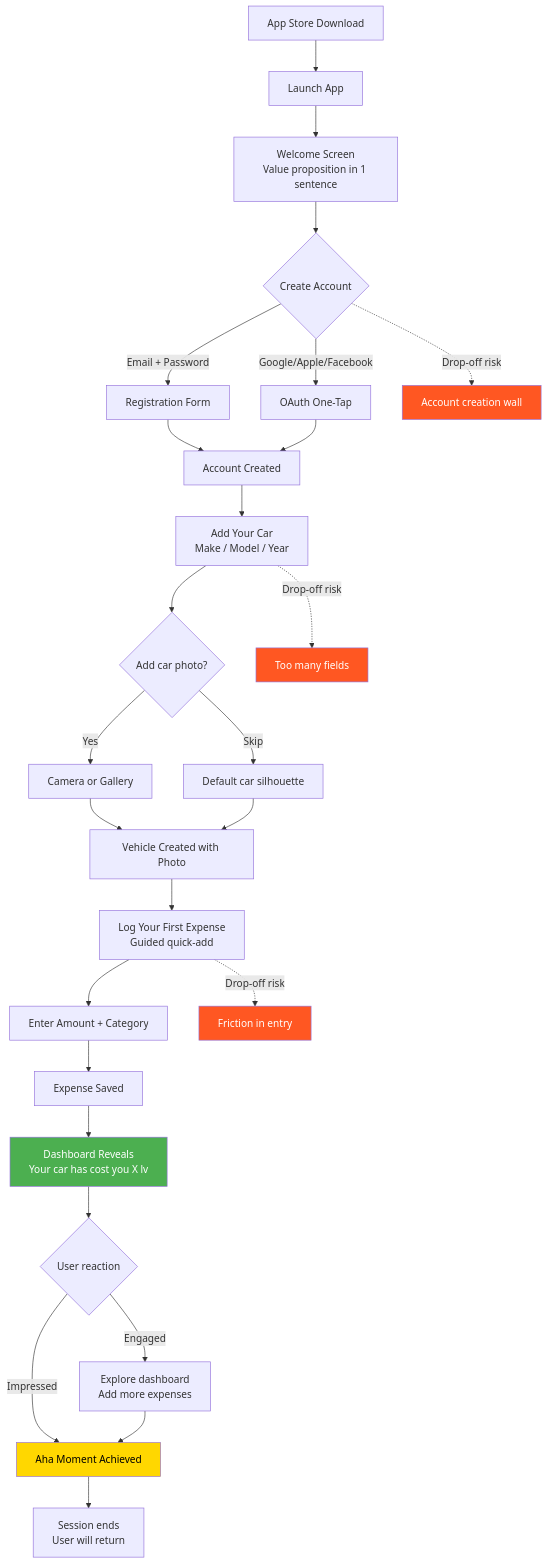
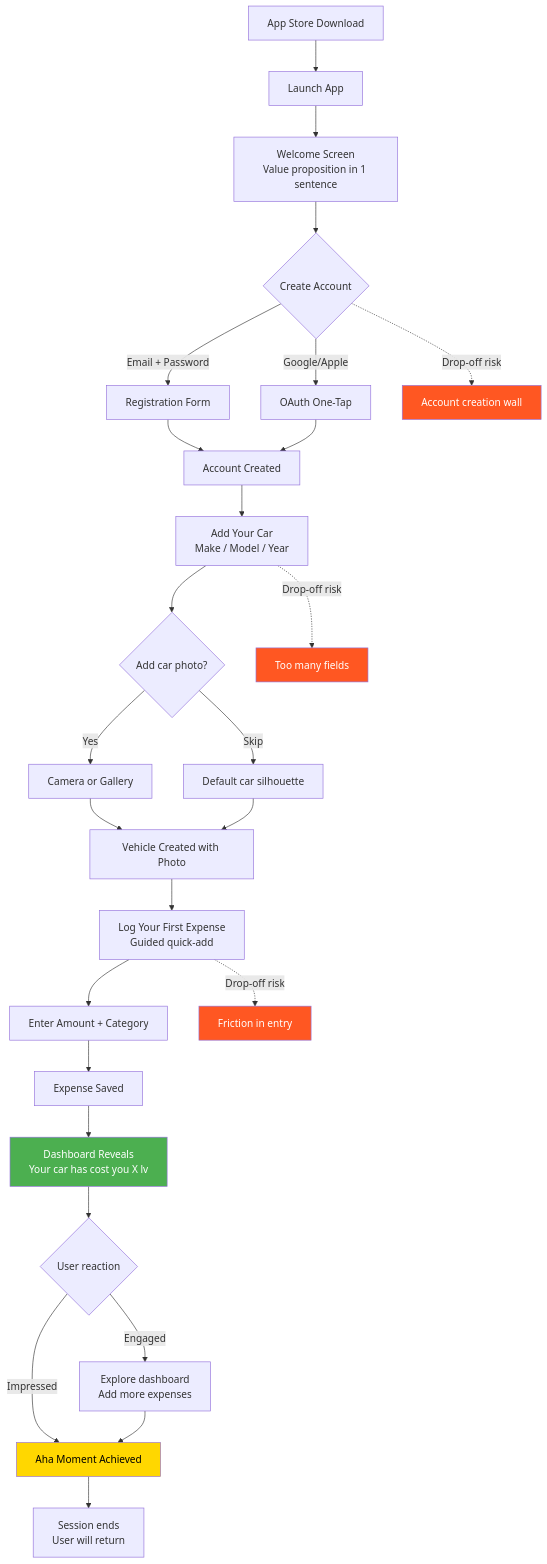
One commit to Tencho0/My-Car-Journey changed the diagram in 03-product/user-journeys/journey-first-time-experience.md. Above: the diagram before and after it, drawn with Mermaid. The commit also changed other lines of this file and 24 other files, not shown here.

````diff
--- a/03-product/user-journeys/journey-first-time-experience.md
+++ b/03-product/user-journeys/journey-first-time-experience.md
@@ -54,36 +54,36 @@
 ```mermaid
 flowchart TD
     A[App Store Download] --> B[Launch App]
     B --> C[Welcome Screen<br/>Value proposition in 1 sentence]
     C --> D{Create Account}
     D -->|Email + Password| E[Registration Form]
-    D -->|Google/Apple/Facebook| F[OAuth One-Tap]
+    D -->|Google/Apple| F[OAuth One-Tap]
     E --> G[Account Created]
     F --> G
     G --> H[Add Your Car<br/>Make / Model / Year]
     H --> I{Add car photo?}
     I -->|Yes| J[Camera or Gallery]
     I -->|Skip| K[Default car silhouette]
     J --> K2[Vehicle Created with Photo]
     K --> K2
     K2 --> L[Log Your First Expense<br/>Guided quick-add]
     L --> M[Enter Amount + Category]
     M --> N[Expense Saved]
     N --> O[Dashboard Reveals<br/>Your car has cost you X lv]
     O --> P{User reaction}
     P -->|Engaged| Q[Explore dashboard<br/>Add more expenses]
     P -->|Impressed| R[Aha Moment Achieved]
     R --> S[Session ends<br/>User will return]
     Q --> R
 
     style O fill:#4CAF50,color:#fff
     style R fill:#FFD700,color:#000
 
     H -.->|Drop-off risk| DR1[Too many fields]
     L -.->|Drop-off risk| DR2[Friction in entry]
     D -.->|Drop-off risk| DR3[Account creation wall]
 
     style DR1 fill:#FF5722,color:#fff
     style DR2 fill:#FF5722,color:#fff
     style DR3 fill:#FF5722,color:#fff
 ```
````
